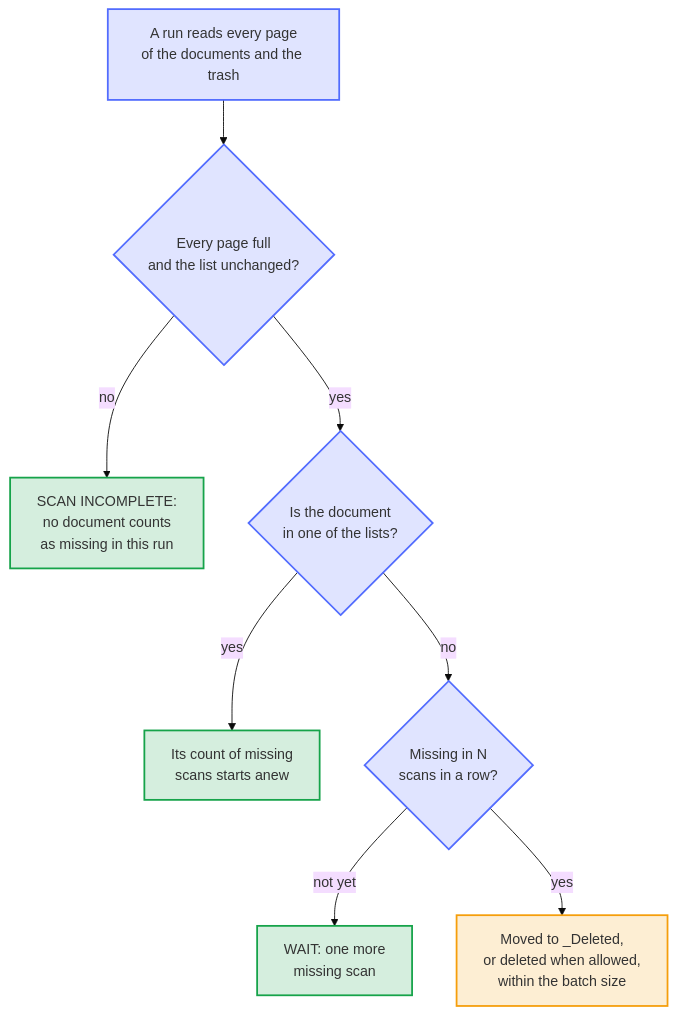
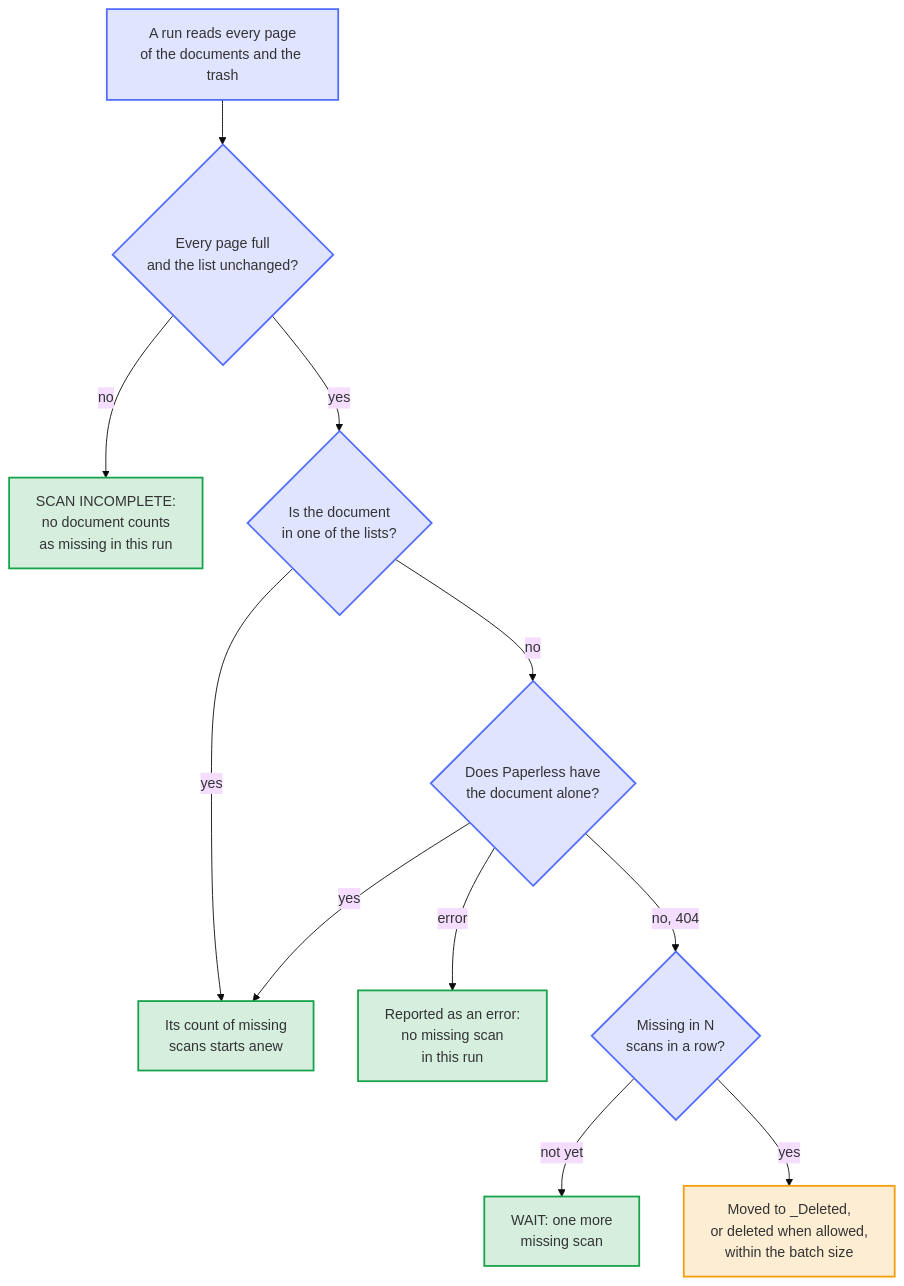
The diagram in docs/diagrams/when-a-document-counts-as-missing.mmd (Dennis-Otto/paperless-sync), drawn with Mermaid (base theme) before and after one commit. The commit also changed 19 other files, not shown here.

Commit message:
fix: ask Paperless before counting a document a complete scan left out as missing (#229)

```diff
--- a/docs/diagrams/when-a-document-counts-as-missing.mmd
+++ b/docs/diagrams/when-a-document-counts-as-missing.mmd
@@ -1,17 +1,20 @@
 flowchart TB
     accTitle: When a document counts as missing
-    accDescr: Every run reads all pages of the documents and of the trash of Paperless. When a page came back short or empty, or the list changed during the scan, the run reports SCAN INCOMPLETE and counts no document as missing. Otherwise, a document in one of the lists starts its count anew, and one in neither list counts one more missing scan; after N scans in a row, its copy moves to the deleted folder, or is deleted when that is allowed, within the batch size.
+    accDescr: Every run reads all pages of the documents and of the trash of Paperless. When a page came back short or empty, or the list changed during the scan, the run reports SCAN INCOMPLETE and counts no document as missing. Otherwise, a document in one of the lists starts its count anew. For a document in neither list, the run asks Paperless for it alone: when Paperless still has it, its count starts anew; an error counts nothing in this run; when Paperless answers 404, it counts one more missing scan, and after N scans in a row its copy moves to the deleted folder, or is deleted when that is allowed, within the batch size.
 
     scan["A run reads every page<br>of the documents and the trash"] --> complete{"Every page full<br>and the list unchanged?"}
     complete -->|no| incomplete["SCAN INCOMPLETE:<br>no document counts<br>as missing in this run"]
     complete -->|yes| listed{"Is the document<br>in one of the lists?"}
     listed -->|yes| reset["Its count of missing<br>scans starts anew"]
-    listed -->|no| scans{"Missing in N<br>scans in a row?"}
+    listed -->|no| asked{"Does Paperless have<br>the document alone?"}
+    asked -->|yes| reset
+    asked -->|error| error["Reported as an error:<br>no missing scan<br>in this run"]
+    asked -->|"no, 404"| scans{"Missing in N<br>scans in a row?"}
     scans -->|not yet| wait["WAIT: one more<br>missing scan"]
     scans -->|yes| change["Moved to _Deleted,<br>or deleted when allowed,<br>within the batch size"]
     classDef check fill:#526cfe2e,stroke:#526cfe,stroke-width:2px
     classDef kept fill:#16a34a2e,stroke:#16a34a,stroke-width:2px
     classDef changed fill:#f59e0b2e,stroke:#f59e0b,stroke-width:2px
-    class scan,complete,listed,scans check
-    class incomplete,reset,wait kept
+    class scan,complete,listed,asked,scans check
+    class incomplete,reset,error,wait kept
     class change changed
```
